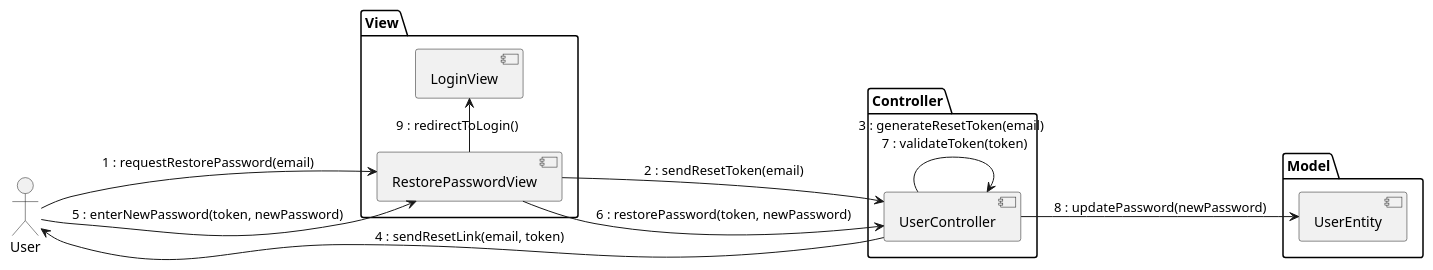
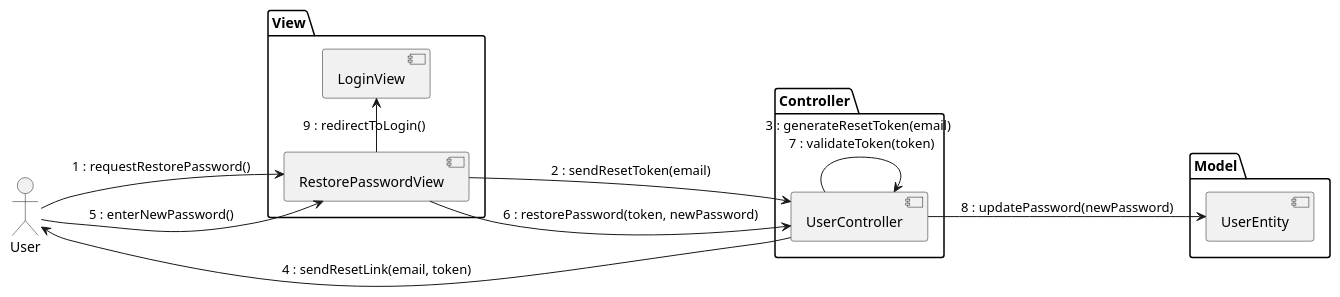
Before and after one commit to rafaelacirino/miw-backend-foro: the diagram in src/main/resources/templates/logic/useCasesAnalysis/restorePasswordAnalysis.puml, drawn with PlantUML. The commit also changed 10 other files, not shown here.

Commit message:
update diagrams

```diff
--- a/src/main/resources/templates/logic/useCasesAnalysis/restorePasswordAnalysis.puml
+++ b/src/main/resources/templates/logic/useCasesAnalysis/restorePasswordAnalysis.puml
@@ -1,30 +1,30 @@
 @startuml
 
 left to right direction
 
 actor User
 
 package View {
     [LoginView]
     [RestorePasswordView]
 }
 
 package Controller {
     [UserController]
 }
 
 package Model {
     [UserEntity]
 }
 
-User --> [RestorePasswordView] : 1 : requestRestorePassword(email)
+User --> [RestorePasswordView] : 1 : requestRestorePassword()
 [RestorePasswordView] --> [UserController] : 2 : sendResetToken(email)
 [UserController] --> [UserController] : 3 : generateResetToken(email) \n 7 : validateToken(token)
 [UserController] --> User : 4 : sendResetLink(email, token)
 
-User --> [RestorePasswordView] : 5 : enterNewPassword(token, newPassword)
+User --> [RestorePasswordView] : 5 : enterNewPassword()
 [RestorePasswordView] --> [UserController] : 6 : restorePassword(token, newPassword)
 [UserController] --> [UserEntity] : 8 : updatePassword(newPassword)
 [RestorePasswordView] -right-> [LoginView] : 9 : redirectToLogin()
 
 @enduml
```
